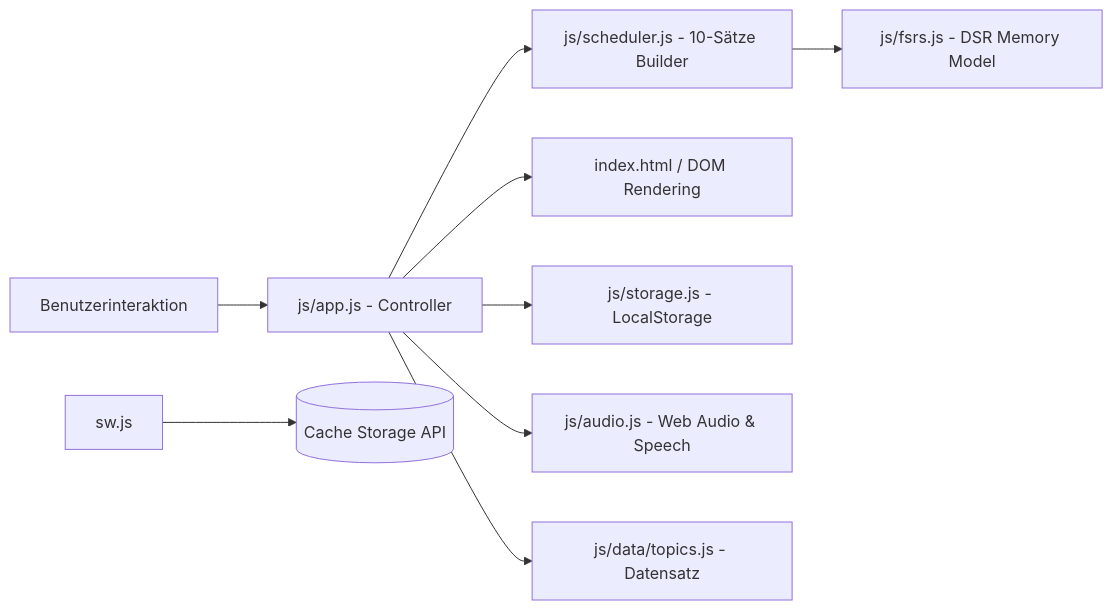
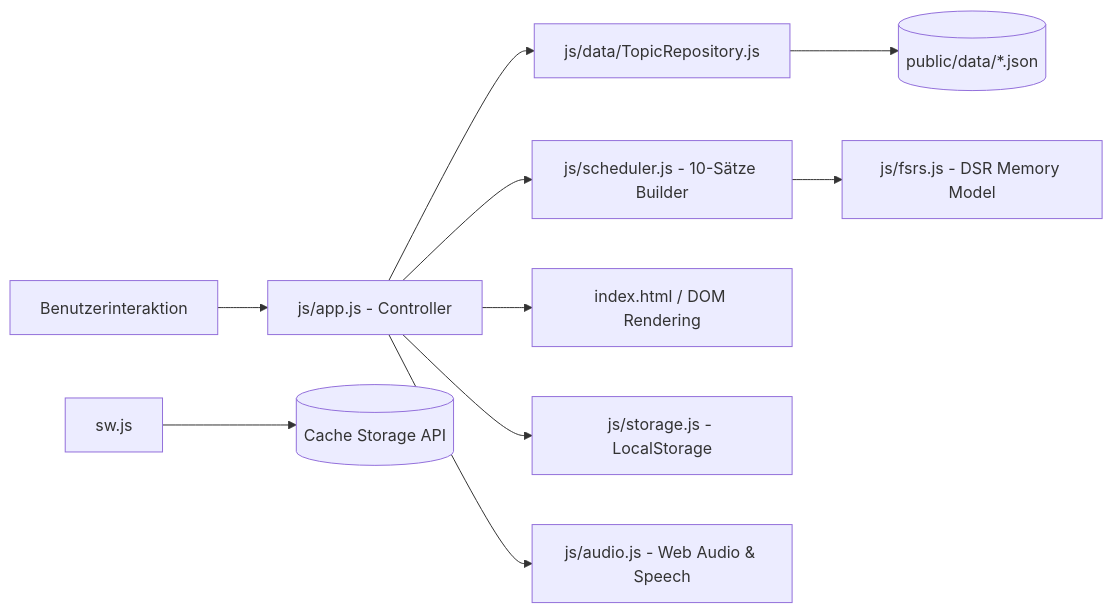
Before and after one commit to bogdangi/Deutschify: the diagram in docs/ARCHITECTURE.md, drawn with Mermaid. The commit also changed other lines of this file and 18 other files, not shown here.

````diff
--- a/docs/ARCHITECTURE.md
+++ b/docs/ARCHITECTURE.md
@@ -34,11 +47,12 @@
 ```mermaid
 flowchart LR
     User[Benutzerinteraktion] --> App[js/app.js - Controller]
+    App --> Repo[js/data/TopicRepository.js]
+    Repo --> JSON[(public/data/*.json)]
     App --> Scheduler[js/scheduler.js - 10-Sätze Builder]
     Scheduler --> FSRS[js/fsrs.js - DSR Memory Model]
     App --> UI[index.html / DOM Rendering]
     App --> Storage[js/storage.js - LocalStorage]
     App --> Audio[js/audio.js - Web Audio & Speech]
-    App --> Data[js/data/topics.js - Datensatz]
     ServiceWorker[sw.js] --> Cache[(Cache Storage API)]
 ```
````
